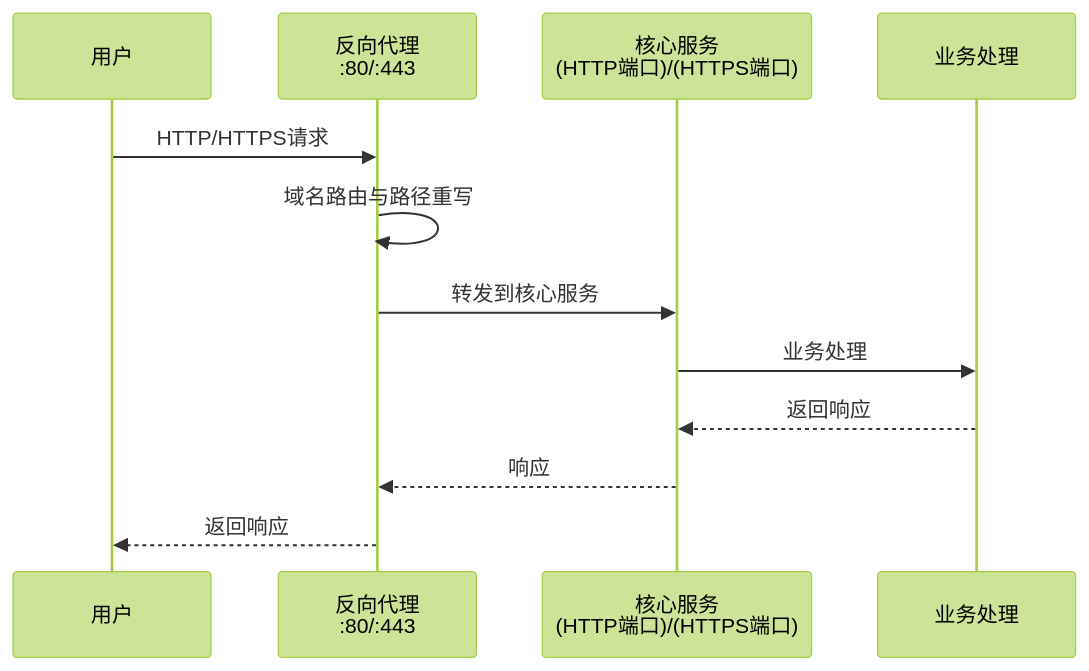
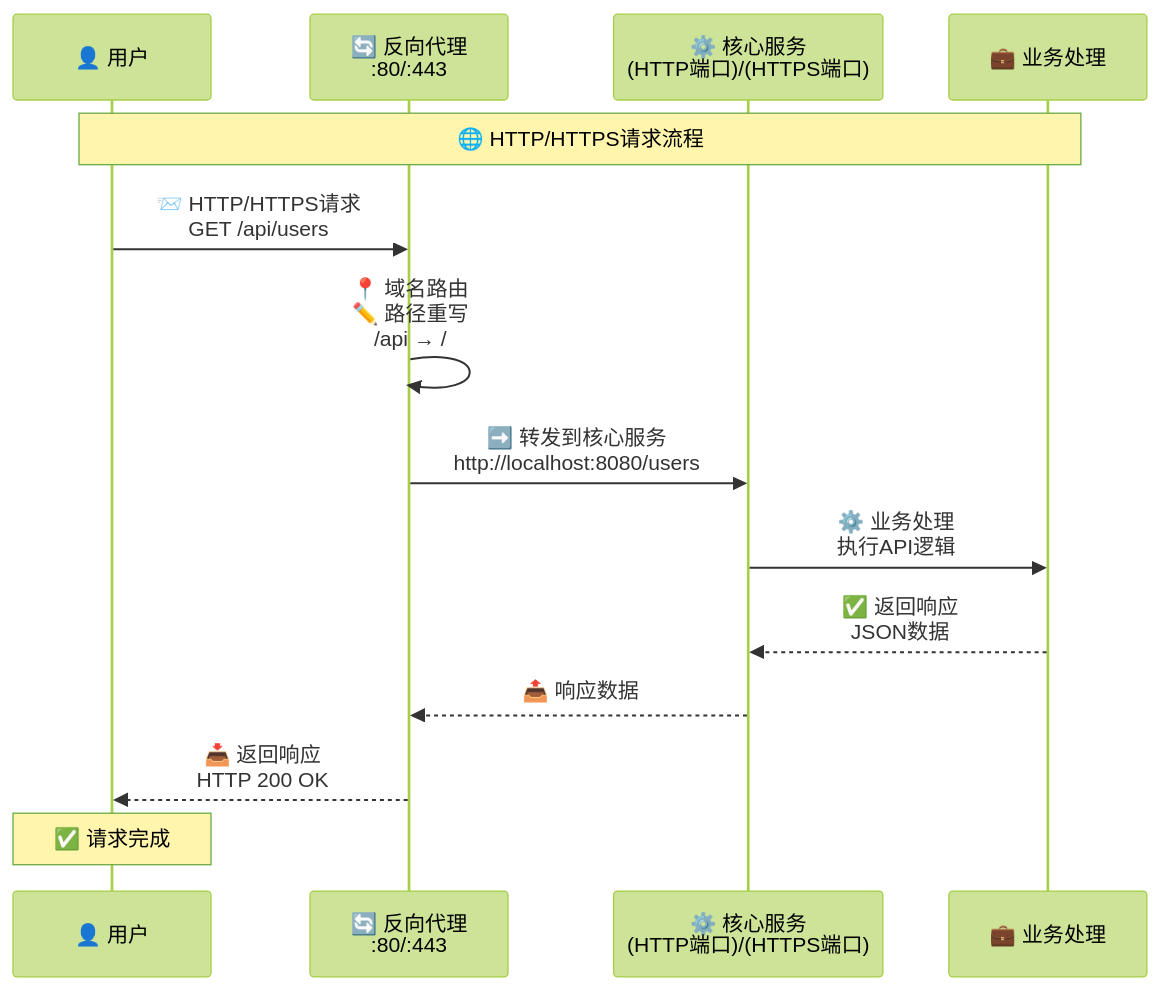
The fourth of 13 diagrams in docs/server.md (sunflowermm/XRK-AGT), drawn with Mermaid (forest theme) before and after one commit. The commit also changed other lines of this file and 9 other files, not shown here.

````diff
--- a/docs/server.md
+++ b/docs/server.md
@@ -250,15 +280,19 @@
 ```mermaid
 sequenceDiagram
-    participant User as 用户
-    participant Proxy as 反向代理<br/>:80/:443
-    participant Core as 核心服务<br/>(HTTP端口)/(HTTPS端口)
-    participant Business as 业务处理
+    participant User as 👤 用户
+    participant Proxy as 🔄 反向代理<br/>:80/:443
+    participant Core as ⚙️ 核心服务<br/>(HTTP端口)/(HTTPS端口)
+    participant Business as 💼 业务处理
     
-    User->>Proxy: HTTP/HTTPS请求
-    Proxy->>Proxy: 域名路由与路径重写
-    Proxy->>Core: 转发到核心服务
-    Core->>Business: 业务处理
-    Business-->>Core: 返回响应
-    Core-->>Proxy: 响应
-    Proxy-->>User: 返回响应
+    Note over User,Business: 🌐 HTTP/HTTPS请求流程
+    
+    User->>Proxy: 📨 HTTP/HTTPS请求<br/>GET /api/users
+    Proxy->>Proxy: 📍 域名路由<br/>✏️ 路径重写<br/>/api → /
+    Proxy->>Core: ➡️ 转发到核心服务<br/>http://localhost:8080/users
+    Core->>Business: ⚙️ 业务处理<br/>执行API逻辑
+    Business-->>Core: ✅ 返回响应<br/>JSON数据
+    Core-->>Proxy: 📤 响应数据
+    Proxy-->>User: 📥 返回响应<br/>HTTP 200 OK
+    
+    Note over User: ✅ 请求完成
 ```
````
